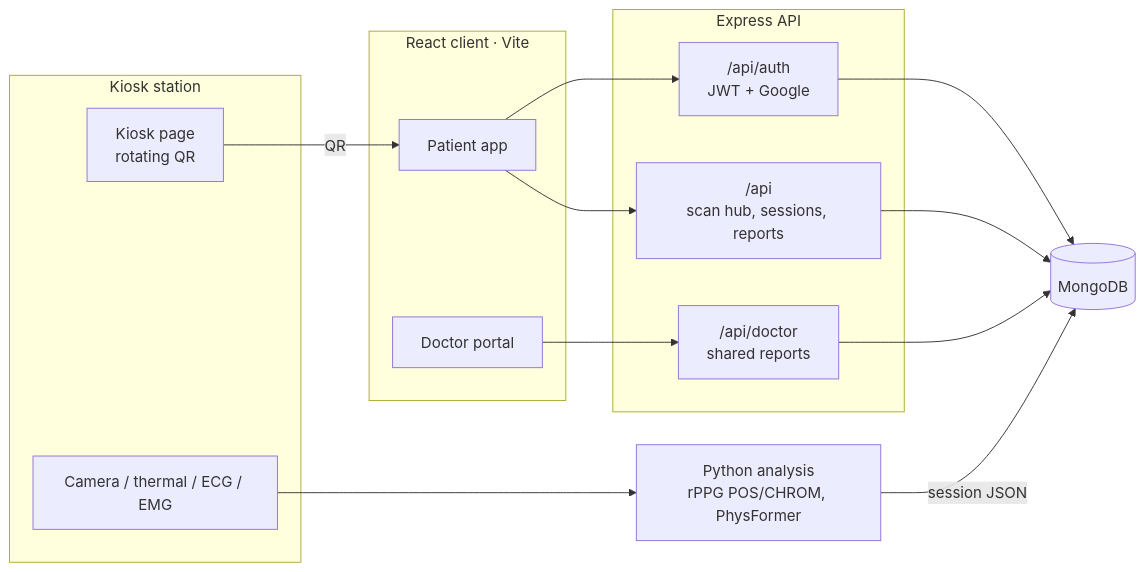
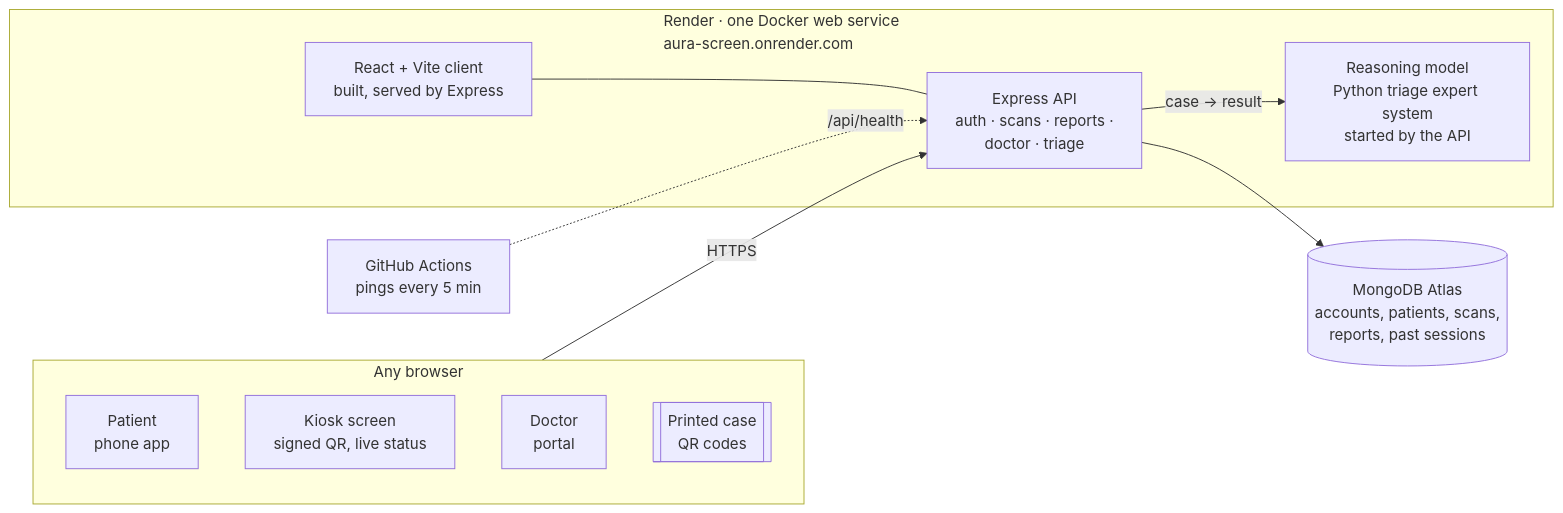
The diagram in docs/diagrams/architecture.mmd (hima1323/health-screening), drawn with Mermaid before and after one commit. The commit also changed 12 other files, not shown here.

First line of the commit message:
README in the MMAC Study Hub layout, with new architecture diagrams

```diff
--- a/docs/diagrams/architecture.mmd
+++ b/docs/diagrams/architecture.mmd
@@ -1,22 +1,20 @@
 flowchart LR
-    subgraph Kiosk station
-        CAM[Camera / thermal / ECG / EMG]
-        KS[Kiosk page<br/>rotating QR]
+    subgraph Users ["Any browser"]
+        P["Patient<br/>phone app"]
+        K["Kiosk screen<br/>signed QR, live status"]
+        DR["Doctor<br/>portal"]
+        Q[["Printed case<br/>QR codes"]]
     end
-    subgraph Client [React client · Vite]
-        P[Patient app]
-        DR[Doctor portal]
+    subgraph Render ["Render · one Docker web service<br/>aura-screen.onrender.com"]
+        WEB["React + Vite client<br/>built, served by Express"]
+        API["Express API<br/>auth · scans · reports ·<br/>doctor · triage"]
+        RM["Reasoning model<br/>Python triage expert system<br/>started by the API"]
     end
-    subgraph Server [Express API]
-        AUTH["/api/auth<br/>JWT + Google"]
-        API["/api<br/>scan hub, sessions, reports"]
-        DOC["/api/doctor<br/>shared reports"]
-    end
-    DB[(MongoDB)]
-    PY[Python analysis<br/>rPPG POS/CHROM, PhysFormer]
+    DB[("MongoDB Atlas<br/>accounts, patients, scans,<br/>reports, past sessions")]
+    GH["GitHub Actions<br/>pings every 5 min"]
 
-    KS -- QR --> P
-    P --> AUTH & API
-    DR --> DOC
-    AUTH & API & DOC --> DB
-    CAM --> PY -- session JSON --> DB
+    Users -- "HTTPS" --> API
+    WEB --- API
+    API -- "case → result" --> RM
+    API --> DB
+    GH -. "/api/health" .-> API
```
